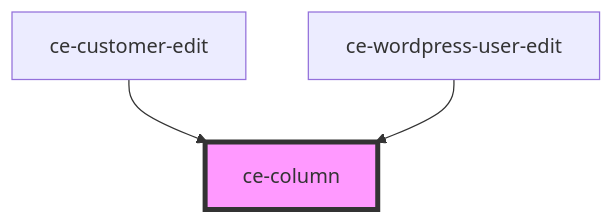
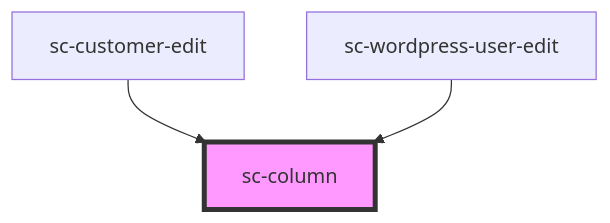
Before and after one commit to surecart/surecart-wp-plugin: the diagram in packages/components/src/components/ui/column/readme.md, drawn with Mermaid. The commit also changed other lines of this file and 1281 other files, not shown here.

````diff
--- a/packages/components/src/components/ui/column/readme.md
+++ b/packages/components/src/components/ui/column/readme.md
@@ -16,6 +16,6 @@
 ```mermaid
 graph TD;
-  ce-customer-edit --> ce-column
-  ce-wordpress-user-edit --> ce-column
-  style ce-column fill:#f9f,stroke:#333,stroke-width:4px
+  sc-customer-edit --> sc-column
+  sc-wordpress-user-edit --> sc-column
+  style sc-column fill:#f9f,stroke:#333,stroke-width:4px
 ```
````
